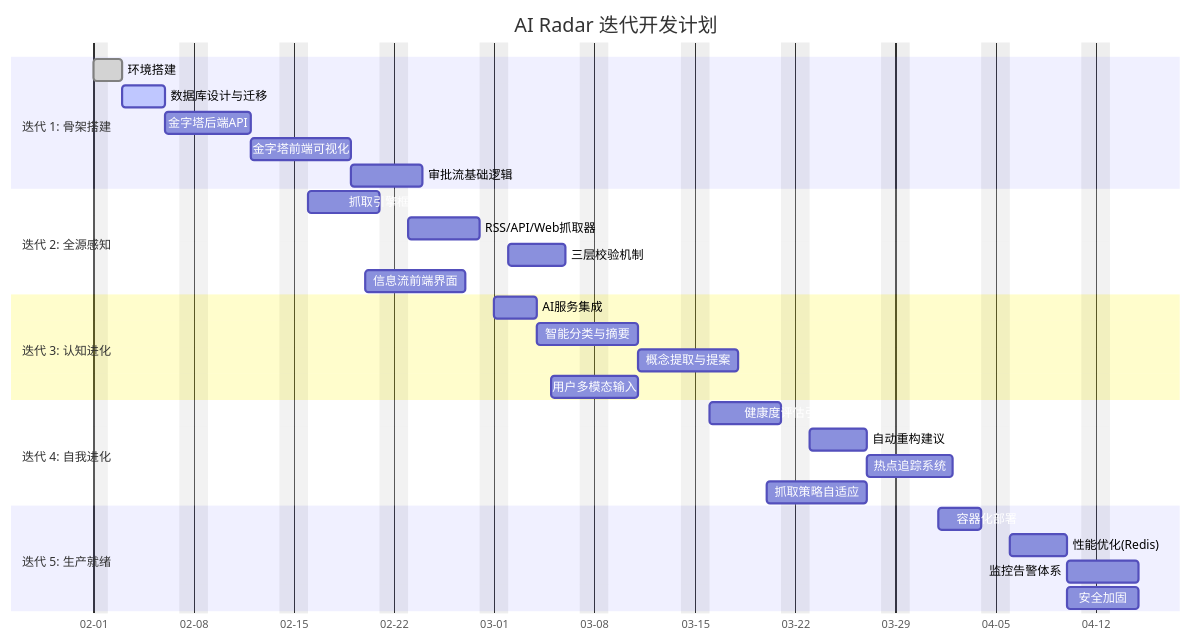
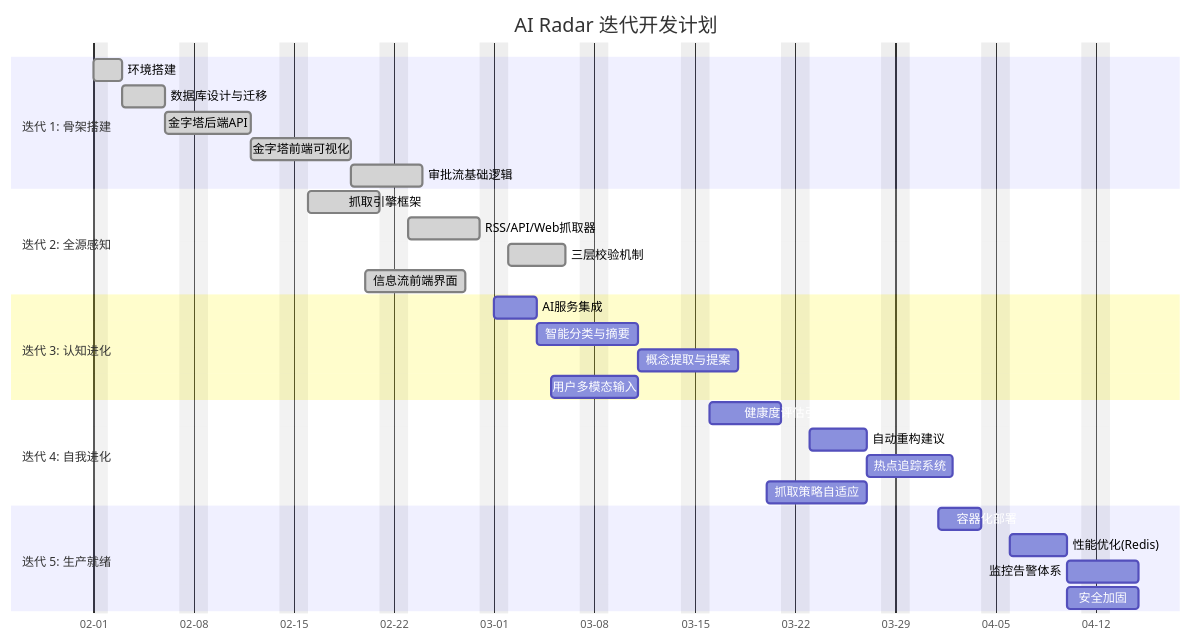
One commit to demo112/knowledge_Live_radar changed the third of 6 diagrams in docs/project-roadmap.md. Above: the diagram before and after it, drawn with Mermaid. The commit also changed 2 other files, not shown here.

Commit message:
docs: 更新项目路线图和进度

````diff
--- a/docs/project-roadmap.md
+++ b/docs/project-roadmap.md
@@ -52,38 +52,38 @@
 ```mermaid
 gantt
     title AI Radar 迭代开发计划
     dateFormat  YYYY-MM-DD
     axisFormat  %m-%d
     excludes    weekends
 
     section 迭代 1: 骨架搭建
     环境搭建           :done,    des1, 2026-02-01, 2d
-    数据库设计与迁移    :active,  des2, 2026-02-03, 3d
-    金字塔后端API      :         des3, after des2, 4d
-    金字塔前端可视化    :         des4, after des3, 5d
-    审批流基础逻辑      :         des5, after des4, 3d
+    数据库设计与迁移    :done,    des2, 2026-02-03, 3d
+    金字塔后端API      :done,    des3, after des2, 4d
+    金字塔前端可视化    :done,    des4, after des3, 5d
+    审批流基础逻辑      :done,    des5, after des4, 3d
 
     section 迭代 2: 全源感知
-    抓取引擎框架       :         perc1, 2026-02-16, 5d
-    RSS/API/Web抓取器  :         perc2, after perc1, 5d
-    三层校验机制       :         perc3, after perc2, 4d
-    信息流前端界面      :         perc4, 2026-02-20, 5d
+    抓取引擎框架       :done,    perc1, 2026-02-16, 5d
+    RSS/API/Web抓取器  :done,    perc2, after perc1, 5d
+    三层校验机制       :done,    perc3, after perc2, 4d
+    信息流前端界面      :done,    perc4, 2026-02-20, 5d
 
     section 迭代 3: 认知进化
     AI服务集成         :         cog1, 2026-03-01, 3d
     智能分类与摘要      :         cog2, after cog1, 5d
     概念提取与提案      :         cog3, after cog2, 5d
     用户多模态输入      :         cog4, 2026-03-05, 4d
 
     section 迭代 4: 自我进化
     健康度评估引擎      :         evo1, 2026-03-16, 5d
     自动重构建议       :         evo2, after evo1, 4d
     热点追踪系统       :         evo3, after evo2, 4d
     抓取策略自适应      :         evo4, 2026-03-20, 5d
 
     section 迭代 5: 生产就绪
     容器化部署         :         prod1, 2026-04-01, 3d
     性能优化(Redis)    :         prod2, after prod1, 4d
     监控告警体系       :         prod3, after prod2, 3d
     安全加固           :         prod4, 2026-04-10, 3d
 ```
````
